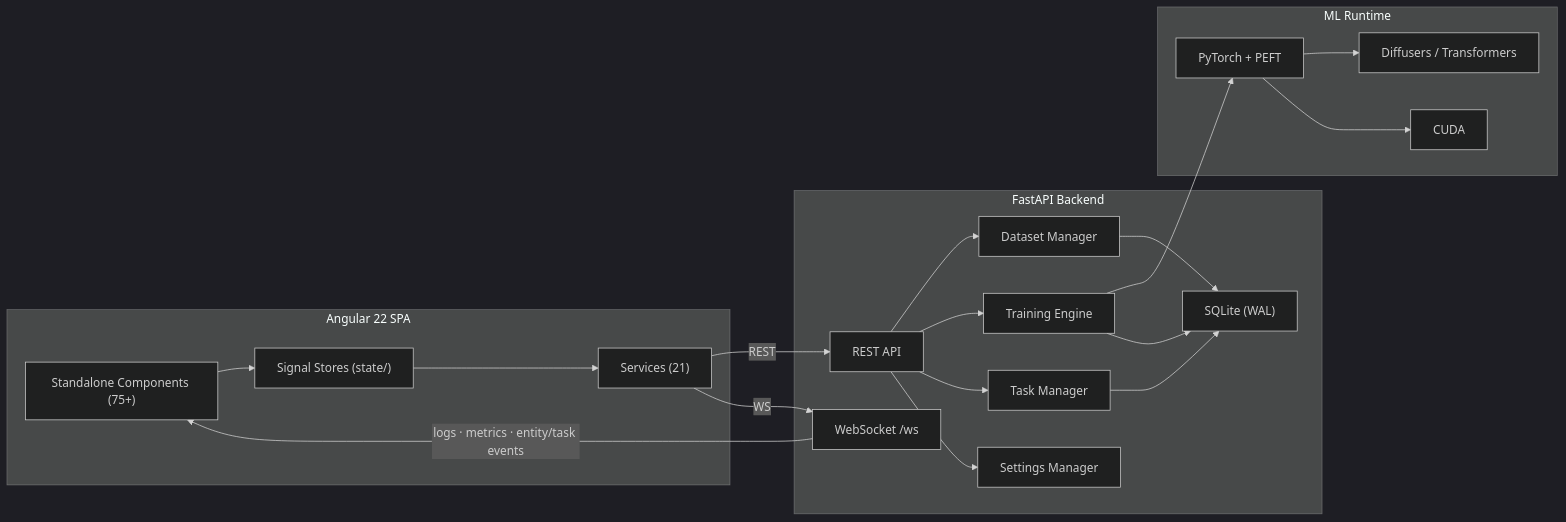
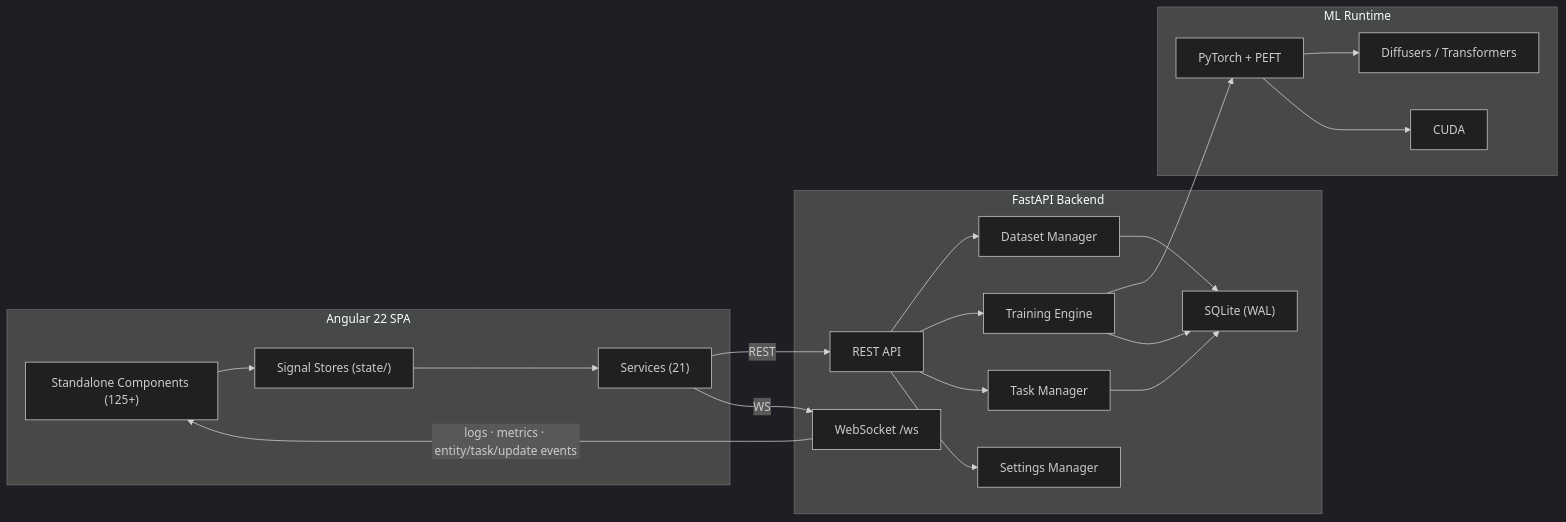
The diagram in documentation/ARCHITECTURE.md (master-merlin/mrln-arcane-tuner), drawn with Mermaid (dark theme) before and after one commit. The commit also changed other lines of this file, not shown here.

First line of the commit message:
docs(architecture): refresh ARCHITECTURE.md to 0.7.1-beta inventory

````diff
--- a/documentation/ARCHITECTURE.md
+++ b/documentation/ARCHITECTURE.md
@@ -11,40 +11,40 @@
 ```mermaid
 graph LR
     subgraph Frontend["Angular 22 SPA"]
-        UI["Standalone Components (75+)"]
+        UI["Standalone Components (125+)"]
         STORES["Signal Stores (state/)"]
         SVC["Services (21)"]
     end
 
     subgraph Backend["FastAPI Backend"]
         API["REST API"]
         WS["WebSocket /ws"]
         ENGINE["Training Engine"]
         DM["Dataset Manager"]
         TM["Task Manager"]
         DB["SQLite (WAL)"]
         SM["Settings Manager"]
     end
 
     subgraph ML["ML Runtime"]
         PT["PyTorch + PEFT"]
         HF["Diffusers / Transformers"]
         CUDA["CUDA"]
     end
 
     UI --> STORES
     STORES --> SVC
     SVC -->|REST| API
     SVC -->|WS| WS
     API --> DM
     API --> ENGINE
     API --> TM
     API --> SM
     DM --> DB
     TM --> DB
     ENGINE --> PT
     PT --> HF
     PT --> CUDA
     ENGINE --> DB
-    WS -->|logs · metrics · entity/task events| UI
+    WS -->|logs · metrics · entity/task/update events| UI
 ```
````
